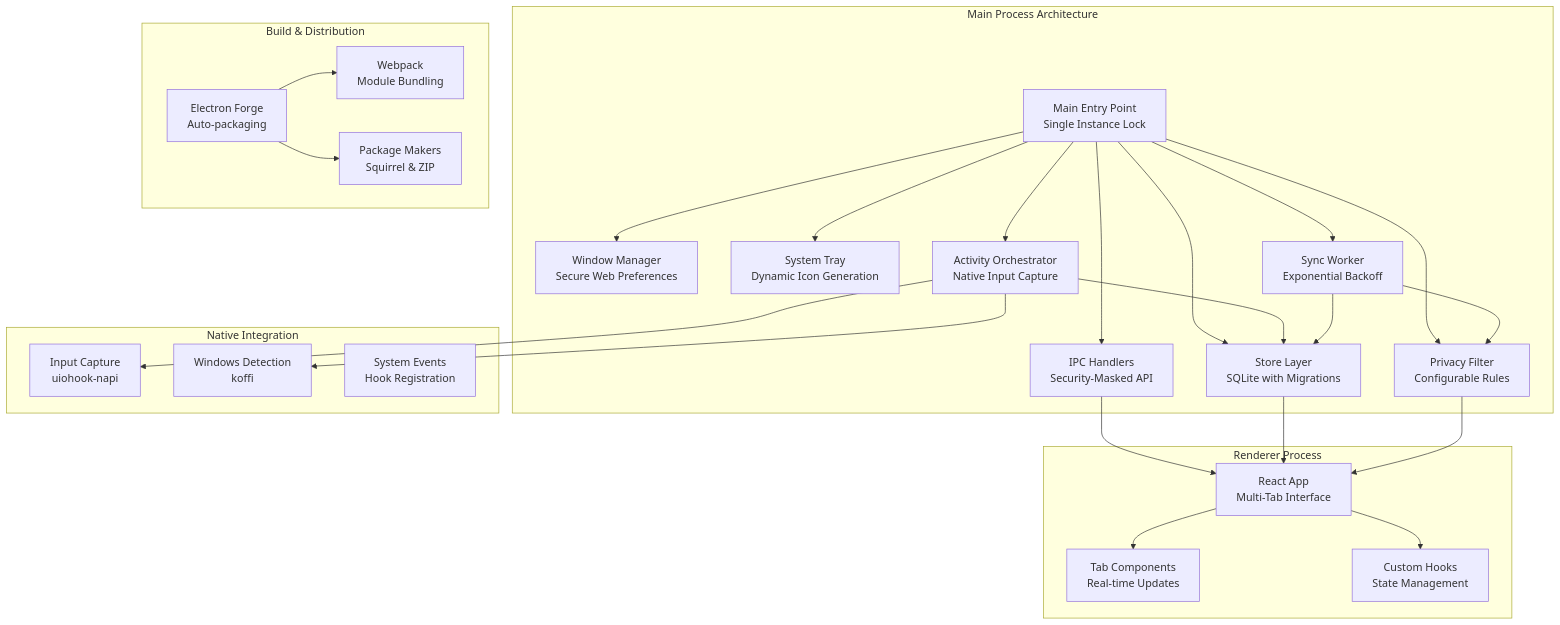
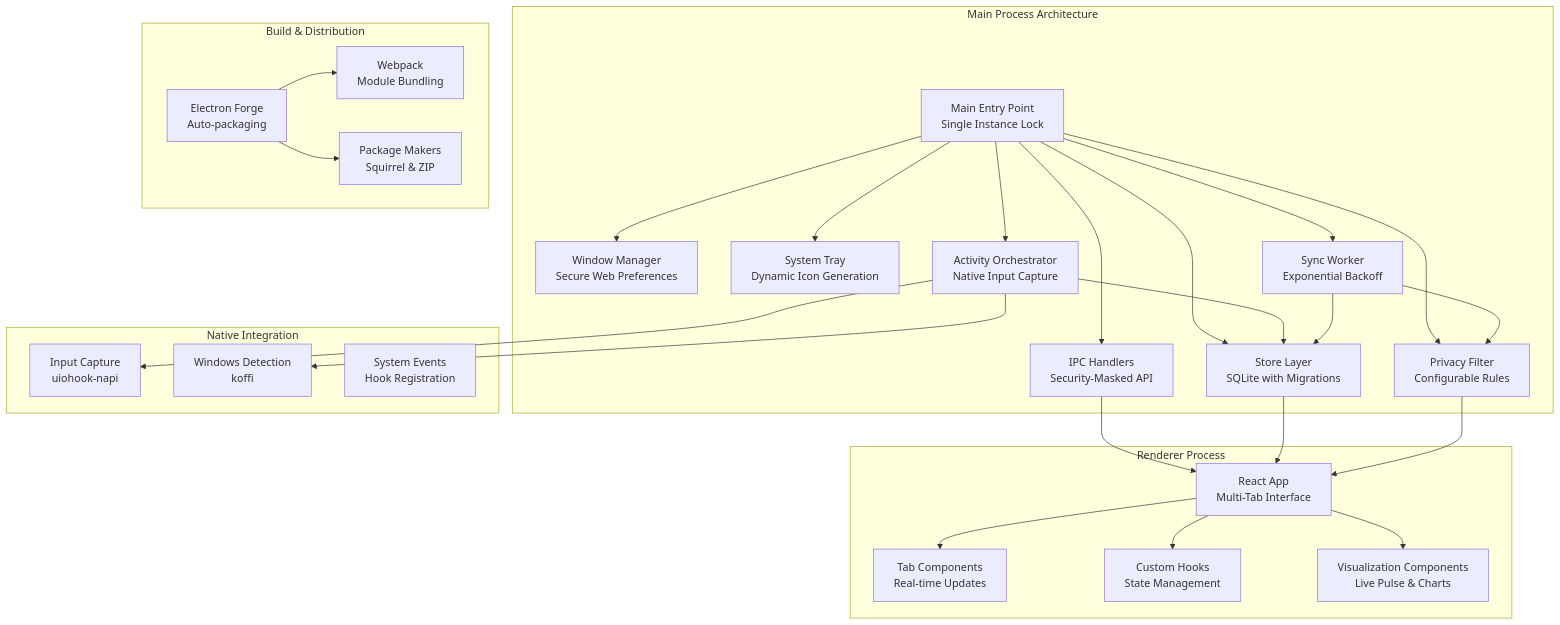
One commit to WizardJIOCb/rodion.pro changed the first of 11 diagrams in .qoder/repowiki/en/content/Core Features/Electron Desktop Application.md. Above: the diagram before and after it, drawn with Mermaid. The commit also changed other lines of this file and 14 other files, not shown here.

````diff
--- a/.qoder/repowiki/en/content/Core Features/Electron Desktop Application.md
+++ b/.qoder/repowiki/en/content/Core Features/Electron Desktop Application.md
@@ -60,47 +71,49 @@
 ```mermaid
 graph TB
 subgraph "Main Process Architecture"
 MP_Index["Main Entry Point<br/>Single Instance Lock"]
 MP_Window["Window Manager<br/>Secure Web Preferences"]
 MP_Tray["System Tray<br/>Dynamic Icon Generation"]
 MP_IPC["IPC Handlers<br/>Security-Masked API"]
 MP_Collector["Activity Orchestrator<br/>Native Input Capture"]
 MP_Sync["Sync Worker<br/>Exponential Backoff"]
 MP_Store["Store Layer<br/>SQLite with Migrations"]
 MP_Privacy["Privacy Filter<br/>Configurable Rules"]
 end
 subgraph "Renderer Process"
 R_App["React App<br/>Multi-Tab Interface"]
 R_UI["Tab Components<br/>Real-time Updates"]
 R_Hooks["Custom Hooks<br/>State Management"]
+R_Visualization["Visualization Components<br/>Live Pulse & Charts"]
 end
 subgraph "Native Integration"
 N_Input["Input Capture<br/>uiohook-napi"]
 N_Win32["Windows Detection<br/>koffi"]
 N_System["System Events<br/>Hook Registration"]
 end
 subgraph "Build & Distribution"
 B_Forge["Electron Forge<br/>Auto-packaging"]
 B_Webpack["Webpack<br/>Module Bundling"]
 B_Makers["Package Makers<br/>Squirrel & ZIP"]
 end
 MP_Index --> MP_Window
 MP_Index --> MP_Tray
 MP_Index --> MP_IPC
 MP_Index --> MP_Collector
 MP_Index --> MP_Sync
 MP_Index --> MP_Store
 MP_Index --> MP_Privacy
 MP_Collector --> N_Input
 MP_Collector --> N_Win32
 MP_Collector --> MP_Store
 MP_Sync --> MP_Store
 MP_Sync --> MP_Privacy
 MP_IPC --> R_App
 MP_Store --> R_App
 MP_Privacy --> R_App
 R_App --> R_UI
 R_App --> R_Hooks
+R_App --> R_Visualization
 B_Forge --> B_Webpack
 B_Forge --> B_Makers
 ```
````
